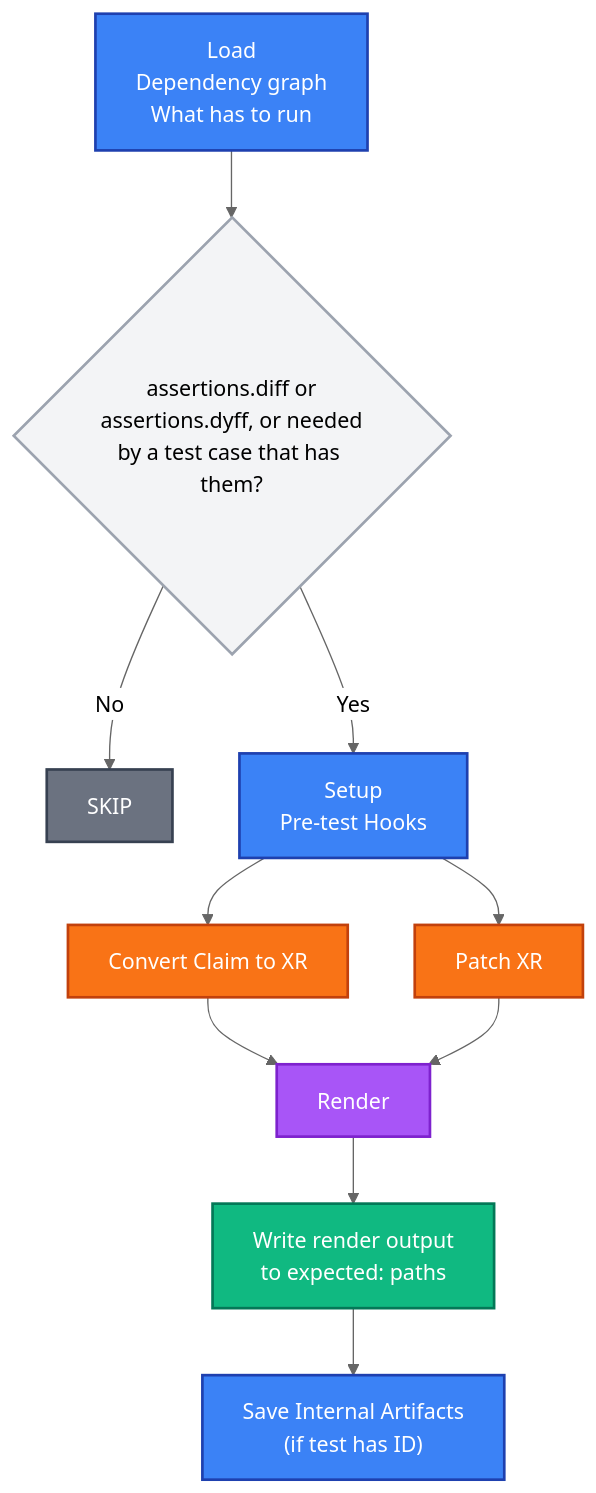
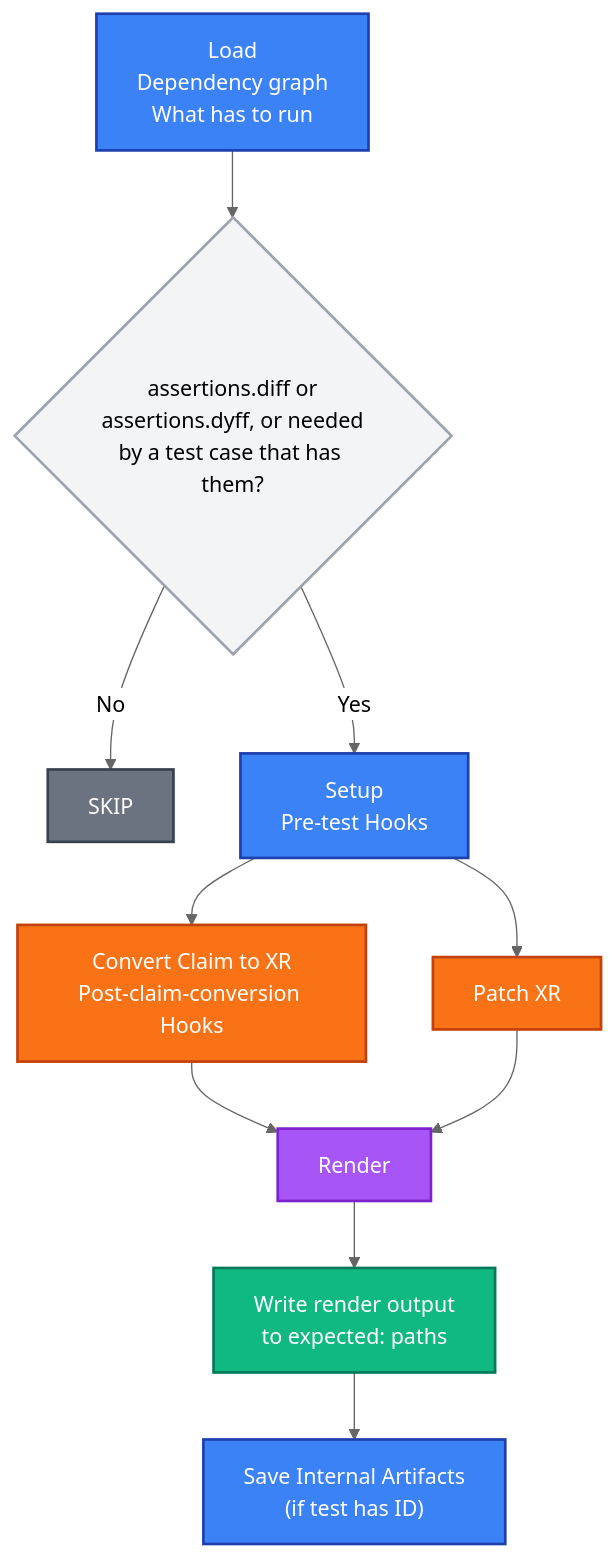
Before and after one commit to crossplane-contrib/xprin: the second of 2 diagrams in docs/how-it-works.md, drawn with Mermaid (neutral theme). The commit also changed other lines of this file and 25 other files, not shown here.

````diff
--- a/docs/how-it-works.md
+++ b/docs/how-it-works.md
@@ -576,22 +602,22 @@
 ```mermaid
 flowchart TD
     L["Load<br/>Dependency graph<br/>What has to run"] --> A{"assertions.diff or<br/>assertions.dyff, or needed<br/>by a test case that has them?"}
     A -->|No| B["SKIP"]
     A -->|Yes| C["Setup<br/>Pre-test Hooks"]
-    C --> D[Convert Claim to XR]
+    C --> D["Convert Claim to XR<br/>Post-claim-conversion Hooks"]
     C --> E[Patch XR]
     D --> F[Render]
     E --> F
     F --> G["Write render output<br/>to expected: paths"]
     G --> H["Save Internal Artifacts<br/>(if test has ID)"]
 
     style L fill:#3b82f6,stroke:#1e40af,stroke-width:2px,color:#fff
     style H fill:#3b82f6,stroke:#1e40af,stroke-width:2px,color:#fff
     style A fill:#f3f4f6,stroke:#9ca3af,stroke-width:2px,color:#000
     style B fill:#6b7280,stroke:#374151,stroke-width:2px,color:#fff
     style C fill:#3b82f6,stroke:#1e40af,stroke-width:2px,color:#fff
     style D fill:#f97316,stroke:#c2410c,stroke-width:2px,color:#fff
     style E fill:#f97316,stroke:#c2410c,stroke-width:2px,color:#fff
     style F fill:#a855f7,stroke:#7e22ce,stroke-width:2px,color:#fff
     style G fill:#10b981,stroke:#047857,stroke-width:2px,color:#fff
 ```
````
